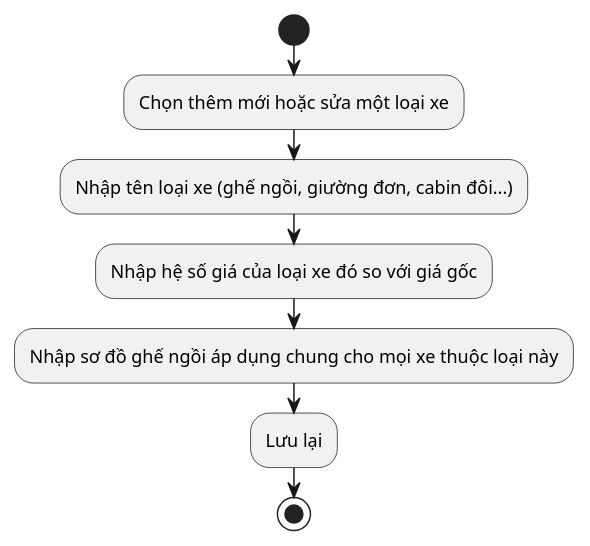
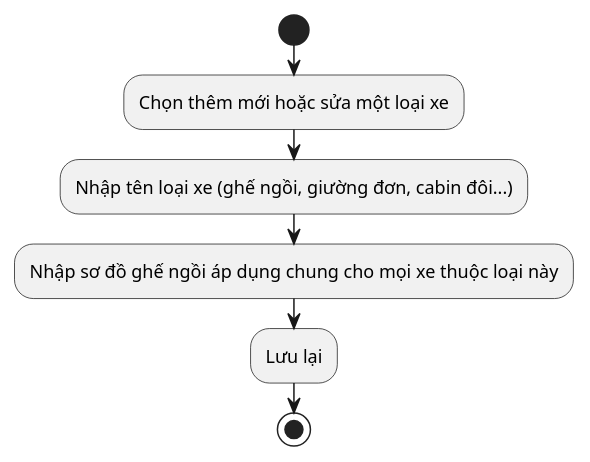
Before and after one commit to nguyenvietanhit19/Project1_HeThongQuanLyNhaXeKhachLienTinh: diagram 41 of 52 in UML_DIAGRAMS.md, drawn with PlantUML. The commit also changed other lines of this file and 33 other files, not shown here.

````diff
--- a/UML_DIAGRAMS.md
+++ b/UML_DIAGRAMS.md
@@ -1200,11 +1200,10 @@
 ```plantuml
 @startuml AD_UC32_QuanLyLoaiXe
 start
 :Chọn thêm mới hoặc sửa một loại xe;
 :Nhập tên loại xe (ghế ngồi, giường đơn, cabin đôi...);
-:Nhập hệ số giá của loại xe đó so với giá gốc;
 :Nhập sơ đồ ghế ngồi áp dụng chung cho mọi xe thuộc loại này;
 :Lưu lại;
 stop
 @enduml
 ```
````
